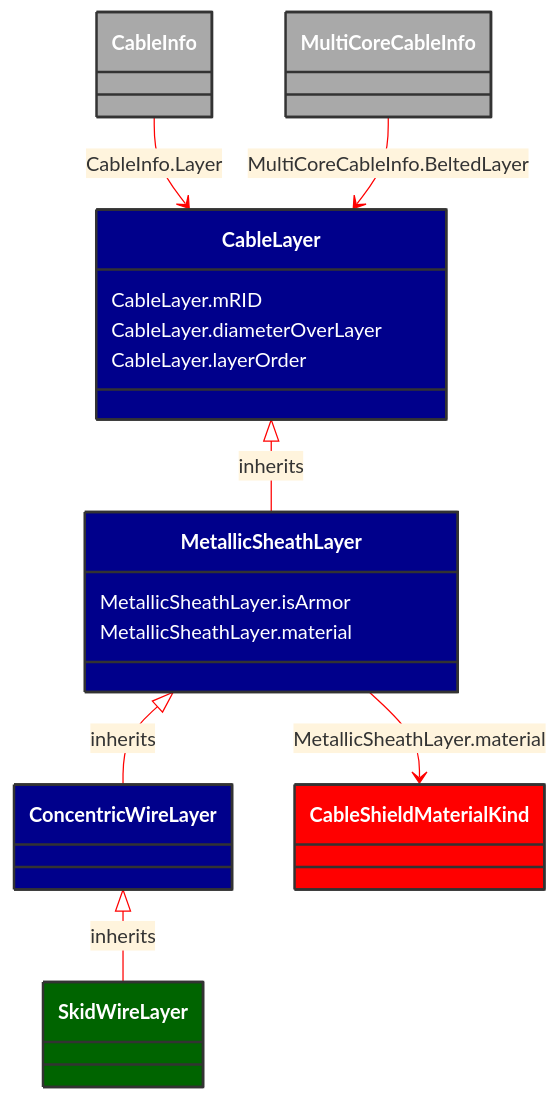
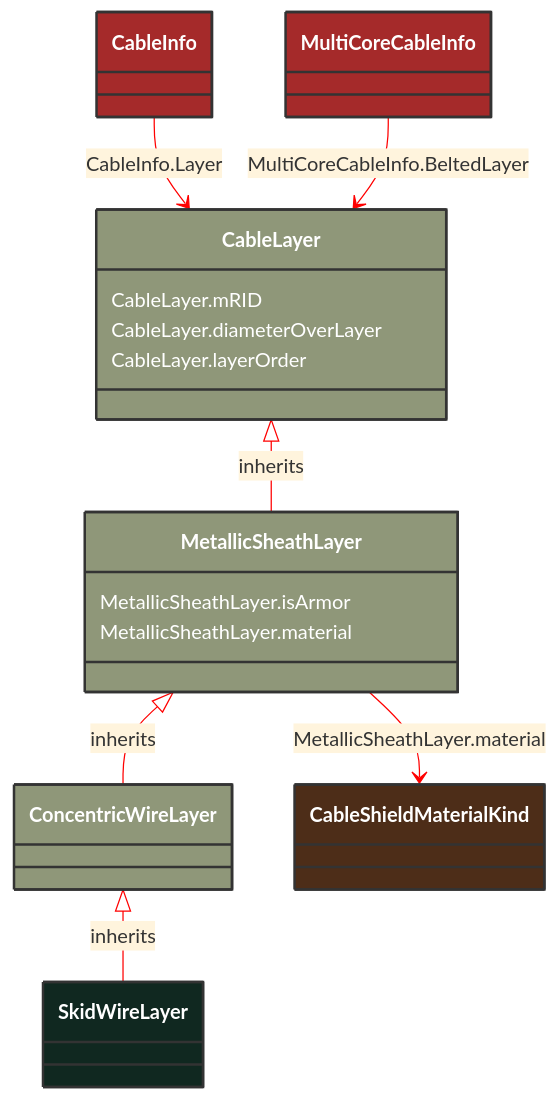
One commit to 3lbits/NoCIMExtensions changed the diagram in docs/Models/Profiles/SubseaCableInfo/ConcreteClasses/SkidWireLayer.md. Above: the diagram before and after it, drawn with Mermaid. The commit also changed 190 other files, not shown here.

````diff
--- a/docs/Models/Profiles/SubseaCableInfo/ConcreteClasses/SkidWireLayer.md
+++ b/docs/Models/Profiles/SubseaCableInfo/ConcreteClasses/SkidWireLayer.md
@@ -8,48 +8,44 @@
 ```mermaid
 %%{init: {'theme':'base','themeVariables': {'lineColor': '#FF0000'}}}%%
 classDiagram
     class SkidWireLayer
     click SkidWireLayer href "/Models/Profiles/SubseaCableInfo/ConcreteClasses/SkidWireLayer/"
-    style SkidWireLayer fill:#006400,stroke:#333,stroke-width:2px,rx:10,ry:10,color:white
-
+    style SkidWireLayer fill:#102820,stroke:#333,stroke-width:2px,rx:10,ry:10,color:white
+     
         ConcentricWireLayer <|-- SkidWireLayer : inherits
             click ConcentricWireLayer href "/Models/Profiles/SubseaCableInfo/ConcreteClasses/ConcentricWireLayer/"
-            style ConcentricWireLayer fill:#00008B,stroke:#333,stroke-width:2px,rx:10,ry:10,color:white
-
-        SkidWireLayer
-            click SkidWireLayer href "/Models/Profiles/SubseaCableInfo/ConcreteClasses/SkidWireLayer/"
-            style ConcentricWireLayer fill:#00008B,stroke:#333,stroke-width:2px,rx:10,ry:10,color:white
-
+            style ConcentricWireLayer fill:#8F9779,stroke:#333,stroke-width:2px,rx:10,ry:10,color:white
+     
         MetallicSheathLayer <|-- ConcentricWireLayer : inherits
             click MetallicSheathLayer href "/Models/Profiles/SubseaCableInfo/ConcreteClasses/MetallicSheathLayer/"
-            style MetallicSheathLayer fill:#00008B,stroke:#333,stroke-width:2px,rx:10,ry:10,color:white
-
+            style MetallicSheathLayer fill:#8F9779,stroke:#333,stroke-width:2px,rx:10,ry:10,color:white
+     
         CableLayer <|-- MetallicSheathLayer : inherits
             click CableLayer href "/Models/Profiles/SubseaCableInfo/AbstractClasses/CableLayer/"
-            style CableLayer fill:#00008B,stroke:#333,stroke-width:2px,rx:10,ry:10,color:white
+            style CableLayer fill:#8F9779,stroke:#333,stroke-width:2px,rx:10,ry:10,color:white
 
 
         CableInfo --> CableLayer : CableInfo.Layer
 
         CableInfo
             click CableInfo href "/Models/Profiles/SubseaCableInfo/ConcreteClasses/CableInfo/"
-            style CableInfo fill:#A9A9A9,stroke:#333,stroke-width:2px,rx:10,ry:10,color:white
+            style CableInfo fill:#A52A2A,stroke:#333,stroke-width:2px,rx:10,ry:10,color:white
 
         MultiCoreCableInfo --> CableLayer : MultiCoreCableInfo.BeltedLayer
 
         MultiCoreCableInfo
             click MultiCoreCableInfo href "/Models/Profiles/SubseaCableInfo/ConcreteClasses/MultiCoreCableInfo/"
-            style MultiCoreCableInfo fill:#A9A9A9,stroke:#333,stroke-width:2px,rx:10,ry:10,color:white
+            style MultiCoreCableInfo fill:#A52A2A,stroke:#333,stroke-width:2px,rx:10,ry:10,color:white
 
         MetallicSheathLayer --> CableShieldMaterialKind : MetallicSheathLayer.material
 
         CableShieldMaterialKind
             click CableShieldMaterialKind href "/Models/Profiles/SubseaCableInfo/Enumerations/CableShieldMaterialKind/"
-            style CableShieldMaterialKind fill:#FF0000,stroke:#333,stroke-width:2px,rx:10,ry:10,color:white
+            style CableShieldMaterialKind fill:#4D2D18,stroke:#333,stroke-width:2px,rx:10,ry:10,color:white
 
         MetallicSheathLayer : MetallicSheathLayer.isArmor
         MetallicSheathLayer : MetallicSheathLayer.material
         CableLayer : CableLayer.mRID
         CableLayer : CableLayer.diameterOverLayer
         CableLayer : CableLayer.layerOrder
 ```
````
